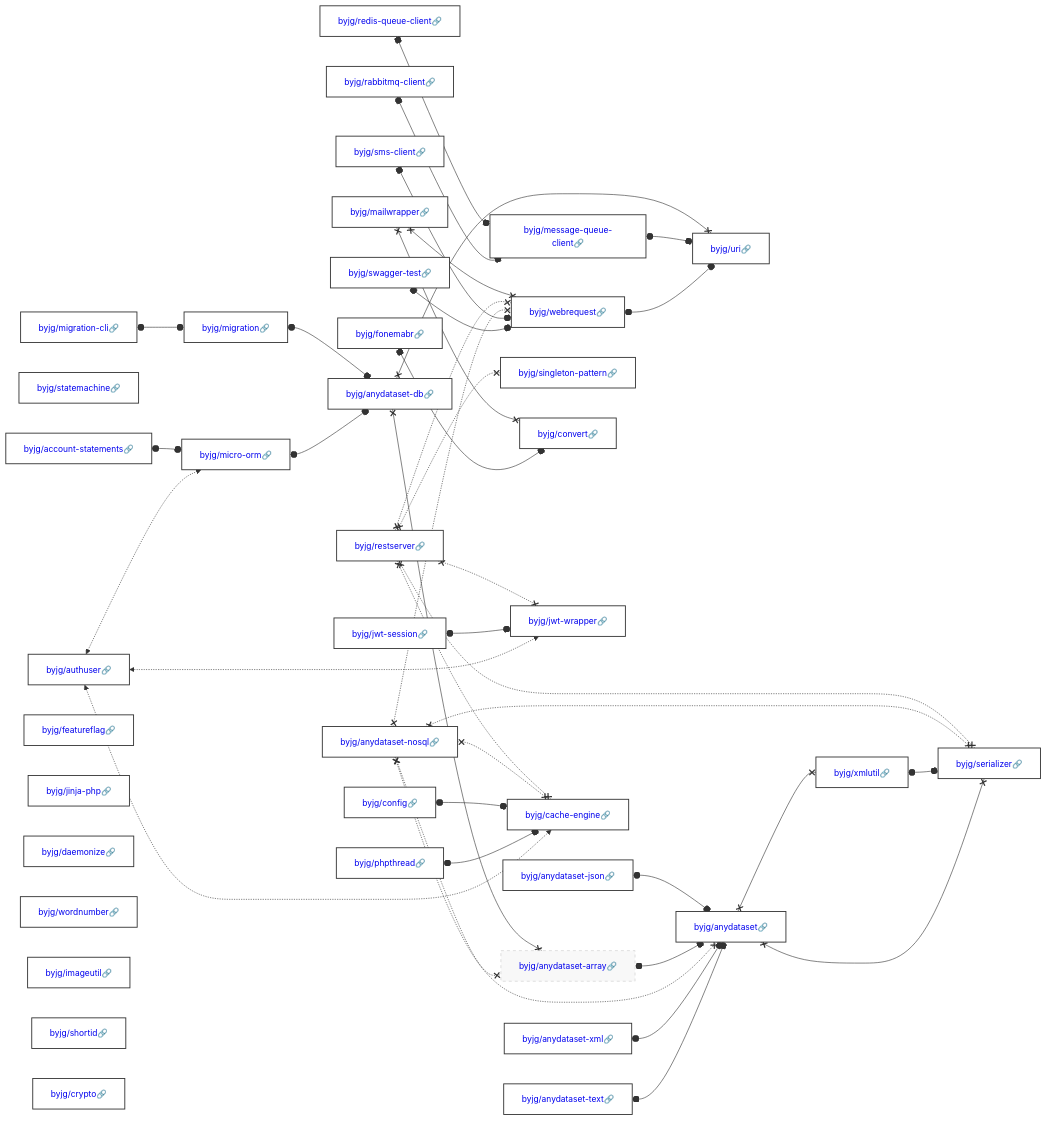
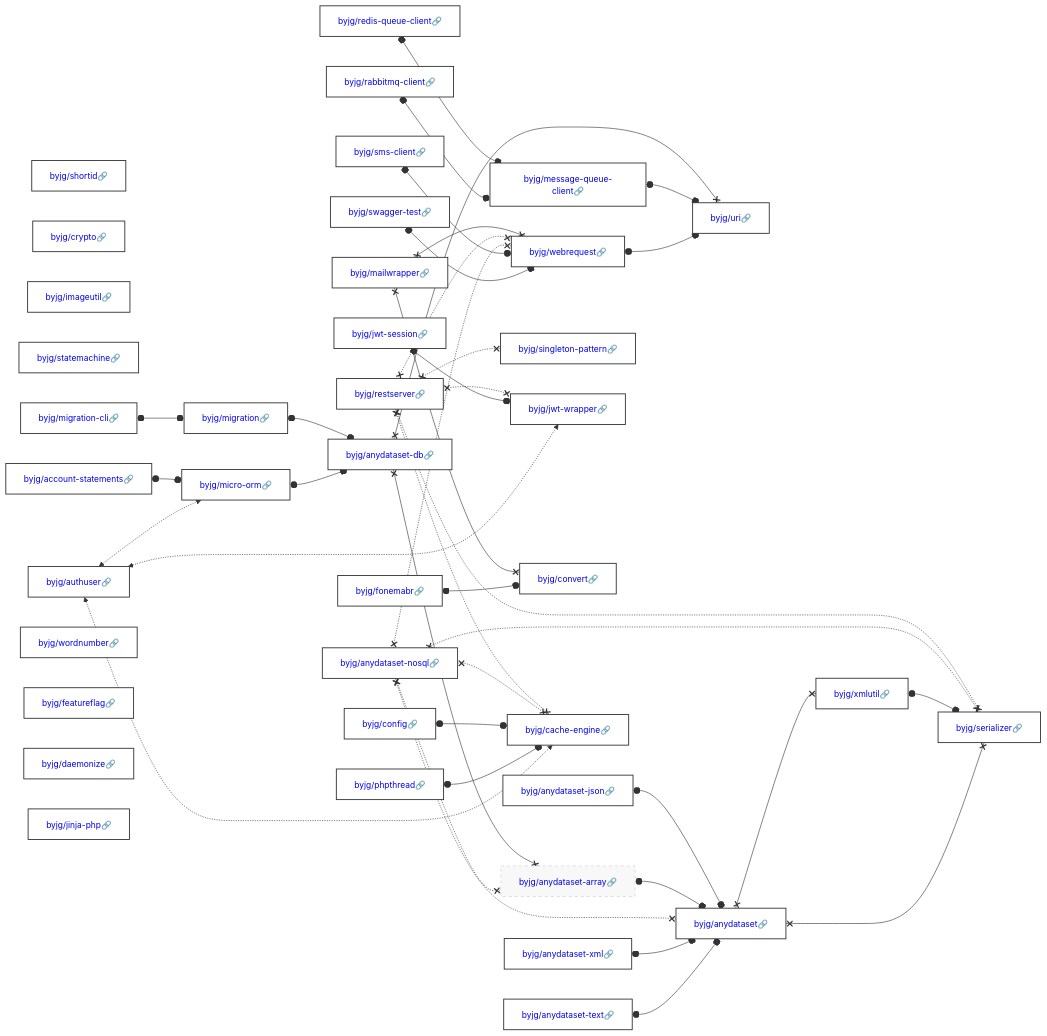
One commit to byjg/byjg.github.io changed the diagram in docs/php/README.md. Above: the diagram before and after it, drawn with Mermaid. The commit also changed other lines of this file, not shown here.

Commit message:
Update documentation 'php' 'php-anydataset-db'

````diff
--- a/docs/php/README.md
+++ b/docs/php/README.md
@@ -3,37 +3,37 @@
 ```mermaid
 graph LR;
+  byjg/fonemabr[<a href='https://opensource.byjg.com/docs/php/fonemabr' style='text-decoration:none'>byjg/fonemabr🔗</a>];
+  byjg/shortid[<a href='https://opensource.byjg.com/docs/php/shortid' style='text-decoration:none'>byjg/shortid🔗</a>];
+  byjg/crypto[<a href='https://opensource.byjg.com/docs/php/crypto' style='text-decoration:none'>byjg/crypto🔗</a>];
+  byjg/imageutil[<a href='https://opensource.byjg.com/docs/php/imageutil' style='text-decoration:none'>byjg/imageutil🔗</a>];
+  byjg/anydataset-json[<a href='https://opensource.byjg.com/docs/php/anydataset-json' style='text-decoration:none'>byjg/anydataset-json🔗</a>];
+  byjg/statemachine[<a href='https://opensource.byjg.com/docs/php/statemachine' style='text-decoration:none'>byjg/statemachine🔗</a>];
+  byjg/config[<a href='https://opensource.byjg.com/docs/php/config' style='text-decoration:none'>byjg/config🔗</a>];
+  byjg/sms-client[<a href='https://opensource.byjg.com/docs/php/sms-client' style='text-decoration:none'>byjg/sms-client🔗</a>];
+  byjg/account-statements[<a href='https://opensource.byjg.com/docs/php/account-statements' style='text-decoration:none'>byjg/account-statements🔗</a>];
+  byjg/migration-cli[<a href='https://opensource.byjg.com/docs/php/migration-cli' style='text-decoration:none'>byjg/migration-cli🔗</a>];
+  byjg/authuser[<a href='https://opensource.byjg.com/docs/php/authuser' style='text-decoration:none'>byjg/authuser🔗</a>];
   byjg/anydataset-xml[<a href='https://opensource.byjg.com/docs/php/anydataset-xml' style='text-decoration:none'>byjg/anydataset-xml🔗</a>];
-  byjg/anydataset-nosql[<a href='https://opensource.byjg.com/docs/php/anydataset-nosql' style='text-decoration:none'>byjg/anydataset-nosql🔗</a>];
   byjg/restserver[<a href='https://opensource.byjg.com/docs/php/restserver' style='text-decoration:none'>byjg/restserver🔗</a>];
-  byjg/migration-cli[<a href='https://opensource.byjg.com/docs/php/migration-cli' style='text-decoration:none'>byjg/migration-cli🔗</a>];
-  byjg/fonemabr[<a href='https://opensource.byjg.com/docs/php/fonemabr' style='text-decoration:none'>byjg/fonemabr🔗</a>];
-  byjg/statemachine[<a href='https://opensource.byjg.com/docs/php/statemachine' style='text-decoration:none'>byjg/statemachine🔗</a>];
-  byjg/account-statements[<a href='https://opensource.byjg.com/docs/php/account-statements' style='text-decoration:none'>byjg/account-statements🔗</a>];
-  byjg/authuser[<a href='https://opensource.byjg.com/docs/php/authuser' style='text-decoration:none'>byjg/authuser🔗</a>];
+  byjg/rabbitmq-client[<a href='https://opensource.byjg.com/docs/php/rabbitmq-client' style='text-decoration:none'>byjg/rabbitmq-client🔗</a>];
+  byjg/jwt-session[<a href='https://opensource.byjg.com/docs/php/jwt-session' style='text-decoration:none'>byjg/jwt-session🔗</a>];
+  byjg/wordnumber[<a href='https://opensource.byjg.com/docs/php/wordnumber' style='text-decoration:none'>byjg/wordnumber🔗</a>];
+  byjg/phpthread[<a href='https://opensource.byjg.com/docs/php/phpthread' style='text-decoration:none'>byjg/phpthread🔗</a>];
+  byjg/mailwrapper[<a href='https://opensource.byjg.com/docs/php/mailwrapper' style='text-decoration:none'>byjg/mailwrapper🔗</a>];
   byjg/redis-queue-client[<a href='https://opensource.byjg.com/docs/php/redis-queue-client' style='text-decoration:none'>byjg/redis-queue-client🔗</a>];
+  byjg/featureflag[<a href='https://opensource.byjg.com/docs/php/featureflag' style='text-decoration:none'>byjg/featureflag🔗</a>];
   byjg/swagger-test[<a href='https://opensource.byjg.com/docs/php/swagger-test' style='text-decoration:none'>byjg/swagger-test🔗</a>];
-  byjg/mailwrapper[<a href='https://opensource.byjg.com/docs/php/mailwrapper' style='text-decoration:none'>byjg/mailwrapper🔗</a>];
-  byjg/jwt-session[<a href='https://opensource.byjg.com/docs/php/jwt-session' style='text-decoration:none'>byjg/jwt-session🔗</a>];
-  byjg/featureflag[<a href='https://opensource.byjg.com/docs/php/featureflag' style='text-decoration:none'>byjg/featureflag🔗</a>];
-  byjg/sms-client[<a href='https://opensource.byjg.com/docs/php/sms-client' style='text-decoration:none'>byjg/sms-client🔗</a>];
-  byjg/jinja-php[<a href='https://opensource.byjg.com/docs/php/jinja-php' style='text-decoration:none'>byjg/jinja-php🔗</a>];
-  byjg/phpthread[<a href='https://opensource.byjg.com/docs/php/phpthread' style='text-decoration:none'>byjg/phpthread🔗</a>];
-  byjg/rabbitmq-client[<a href='https://opensource.byjg.com/docs/php/rabbitmq-client' style='text-decoration:none'>byjg/rabbitmq-client🔗</a>];
   byjg/anydataset-text[<a href='https://opensource.byjg.com/docs/php/anydataset-text' style='text-decoration:none'>byjg/anydataset-text🔗</a>];
   byjg/daemonize[<a href='https://opensource.byjg.com/docs/php/daemonize' style='text-decoration:none'>byjg/daemonize🔗</a>];
-  byjg/wordnumber[<a href='https://opensource.byjg.com/docs/php/wordnumber' style='text-decoration:none'>byjg/wordnumber🔗</a>];
-  byjg/config[<a href='https://opensource.byjg.com/docs/php/config' style='text-decoration:none'>byjg/config🔗</a>];
-  byjg/anydataset-json[<a href='https://opensource.byjg.com/docs/php/anydataset-json' style='text-decoration:none'>byjg/anydataset-json🔗</a>];
-  byjg/imageutil[<a href='https://opensource.byjg.com/docs/php/imageutil' style='text-decoration:none'>byjg/imageutil🔗</a>];
-  byjg/shortid[<a href='https://opensource.byjg.com/docs/php/shortid' style='text-decoration:none'>byjg/shortid🔗</a>];
-  byjg/crypto[<a href='https://opensource.byjg.com/docs/php/crypto' style='text-decoration:none'>byjg/crypto🔗</a>];
-  byjg/singleton-pattern[<a href='https://opensource.byjg.com/docs/php/singleton-pattern' style='text-decoration:none'>byjg/singleton-pattern🔗</a>];
+  byjg/jinja-php[<a href='https://opensource.byjg.com/docs/php/jinja-php' style='text-decoration:none'>byjg/jinja-php🔗</a>];
+  byjg/anydataset-nosql[<a href='https://opensource.byjg.com/docs/php/anydataset-nosql' style='text-decoration:none'>byjg/anydataset-nosql🔗</a>];
   byjg/migration[<a href='https://opensource.byjg.com/docs/php/migration' style='text-decoration:none'>byjg/migration🔗</a>];
   byjg/micro-orm[<a href='https://opensource.byjg.com/docs/php/micro-orm' style='text-decoration:none'>byjg/micro-orm🔗</a>];
+  byjg/singleton-pattern[<a href='https://opensource.byjg.com/docs/php/singleton-pattern' style='text-decoration:none'>byjg/singleton-pattern🔗</a>];
+  byjg/jwt-wrapper[<a href='https://opensource.byjg.com/docs/php/jwt-wrapper' style='text-decoration:none'>byjg/jwt-wrapper🔗</a>];
   byjg/convert[<a href='https://opensource.byjg.com/docs/php/convert' style='text-decoration:none'>byjg/convert🔗</a>];
-  byjg/jwt-wrapper[<a href='https://opensource.byjg.com/docs/php/jwt-wrapper' style='text-decoration:none'>byjg/jwt-wrapper🔗</a>];
+  byjg/message-queue-client[<a href='https://opensource.byjg.com/docs/php/message-queue-client' style='text-decoration:none'>byjg/message-queue-client🔗</a>];
   byjg/webrequest[<a href='https://opensource.byjg.com/docs/php/webrequest' style='text-decoration:none'>byjg/webrequest🔗</a>];
-  byjg/message-queue-client[<a href='https://opensource.byjg.com/docs/php/message-queue-client' style='text-decoration:none'>byjg/message-queue-client🔗</a>];
   byjg/cache-engine[<a href='https://opensource.byjg.com/docs/php/cache-engine' style='text-decoration:none'>byjg/cache-engine🔗</a>];
   byjg/anydataset-db[<a href='https://opensource.byjg.com/docs/php/anydataset-db' style='text-decoration:none'>byjg/anydataset-db🔗</a>];
   byjg/anydataset-array[<a href='https://opensource.byjg.com/docs/php/anydataset-array' style='text-decoration:none'>byjg/anydataset-array🔗</a>];
````
